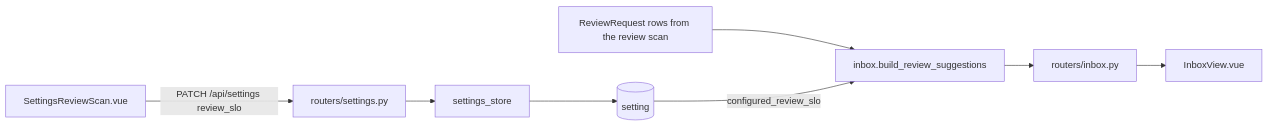
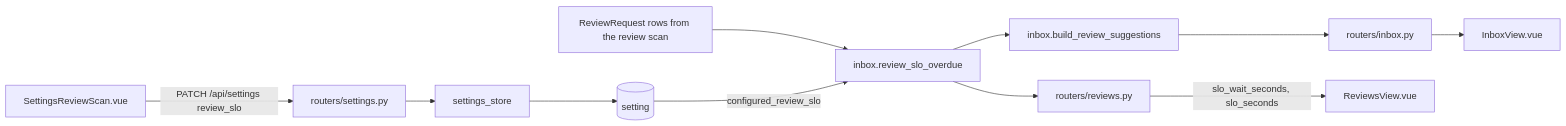
The first of 3 diagrams in .sdlc/features/p18-review-slo/specification.md (TomzxCode/agentic), drawn with Mermaid before and after one commit. The commit also changed other lines of this file and 24 other files, not shown here.

First line of the commit message:
feat(reviews): mark pull requests past the review SLO

````diff
--- a/.sdlc/features/p18-review-slo/specification.md
+++ b/.sdlc/features/p18-review-slo/specification.md
@@ -16,10 +17,13 @@
 ```mermaid
 flowchart LR
     S[SettingsReviewScan.vue] -->|PATCH /api/settings review_slo| R[routers/settings.py]
     R --> SS[settings_store]
     SS --> DB[(setting)]
-    RR[ReviewRequest rows from the review scan] --> I[inbox.build_review_suggestions]
+    RR[ReviewRequest rows from the review scan] --> I[inbox.review_slo_overdue]
     DB -->|configured_review_slo| I
-    I --> IR[routers/inbox.py]
+    I --> B[inbox.build_review_suggestions]
+    B --> IR[routers/inbox.py]
     IR --> SPA[InboxView.vue]
+    I --> RQ[routers/reviews.py]
+    RQ -->|slo_wait_seconds, slo_seconds| QV[ReviewsView.vue]
 ```
````
